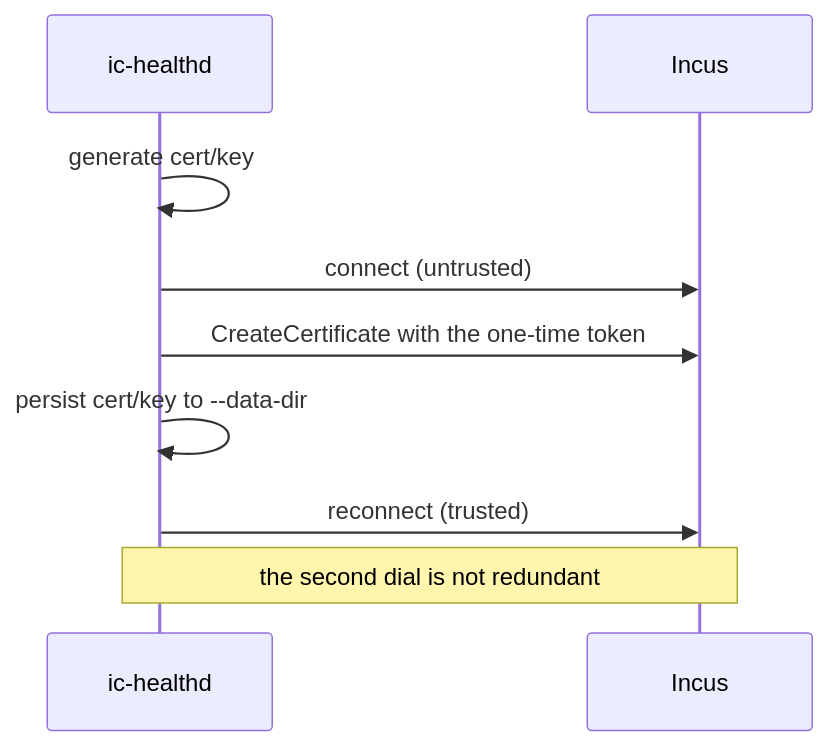
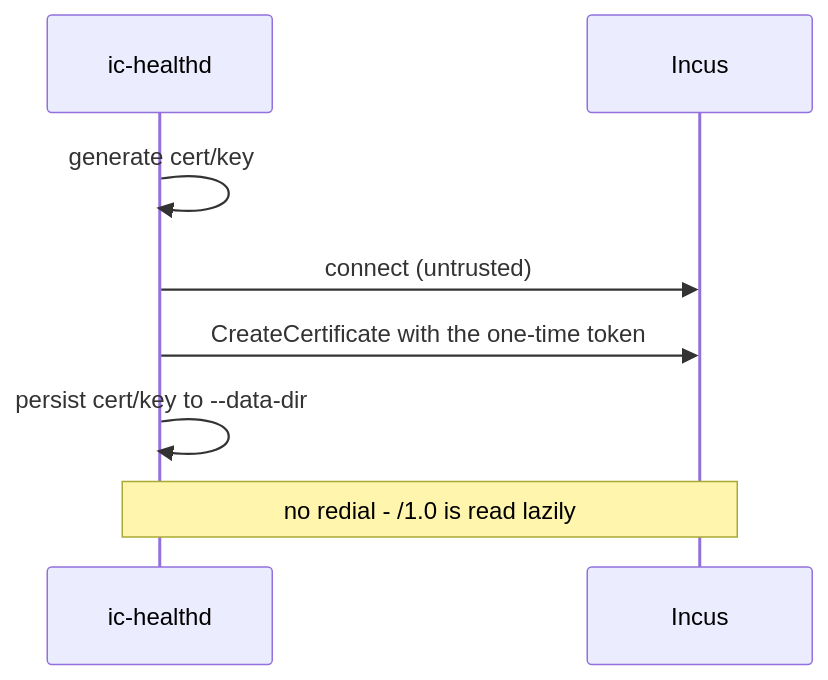
Before and after one commit to jochumdev/incus-compose-docs: the seventh of 7 diagrams in root/developer/healthd.md, drawn with Mermaid. The commit also changed other lines of this file and 2 other files, not shown here.

````diff
--- a/root/developer/healthd.md
+++ b/root/developer/healthd.md
@@ -484,12 +418,11 @@
 ```mermaid
 sequenceDiagram
     participant D as ic-healthd
     participant I as Incus
 
     D->>D: generate cert/key
     D->>I: connect (untrusted)
     D->>I: CreateCertificate with the one-time token
     D->>D: persist cert/key to --data-dir
-    D->>I: reconnect (trusted)
-    Note over D,I: the second dial is not redundant
+    Note over D,I: no redial - /1.0 is read lazily
 ```
````
